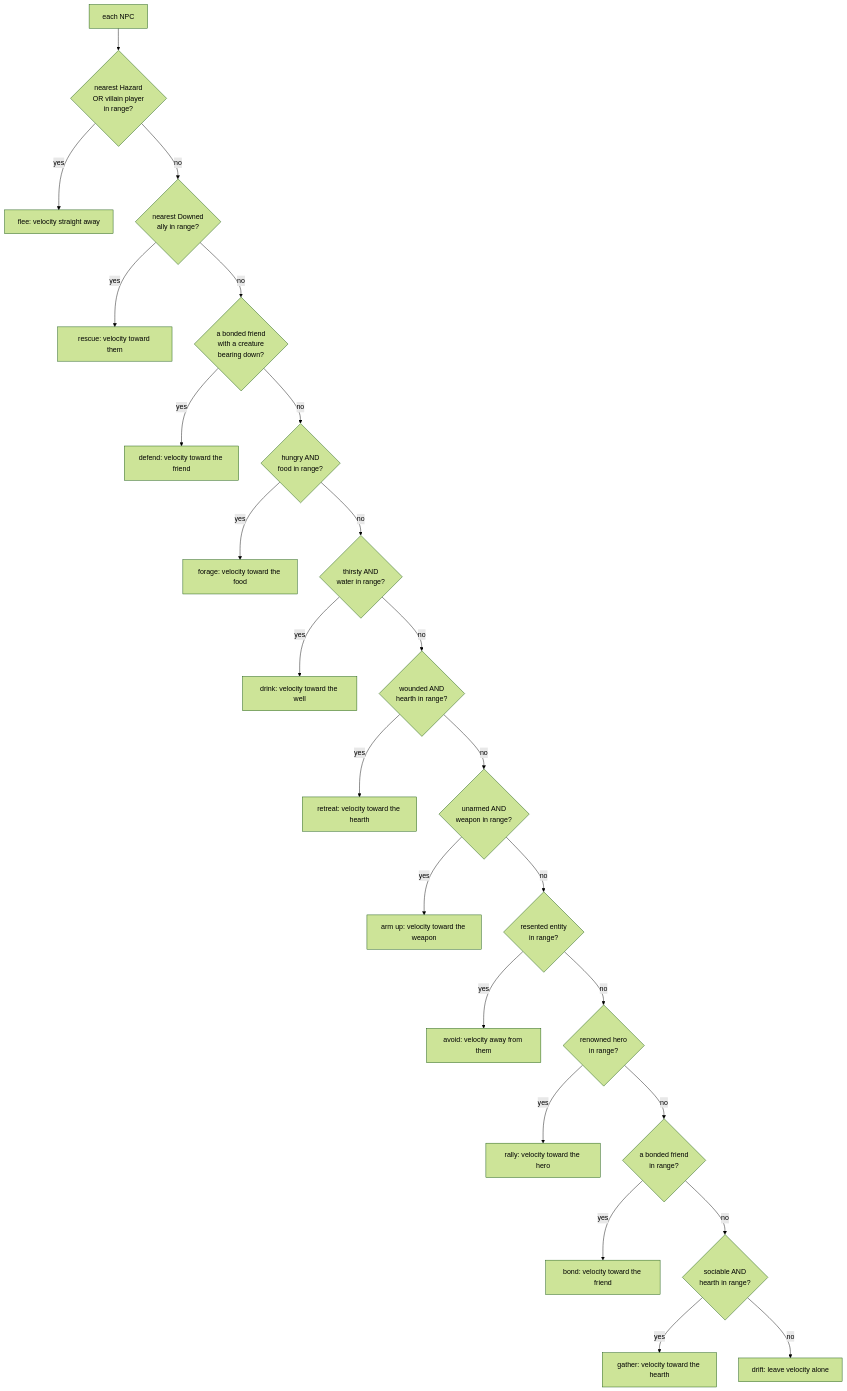
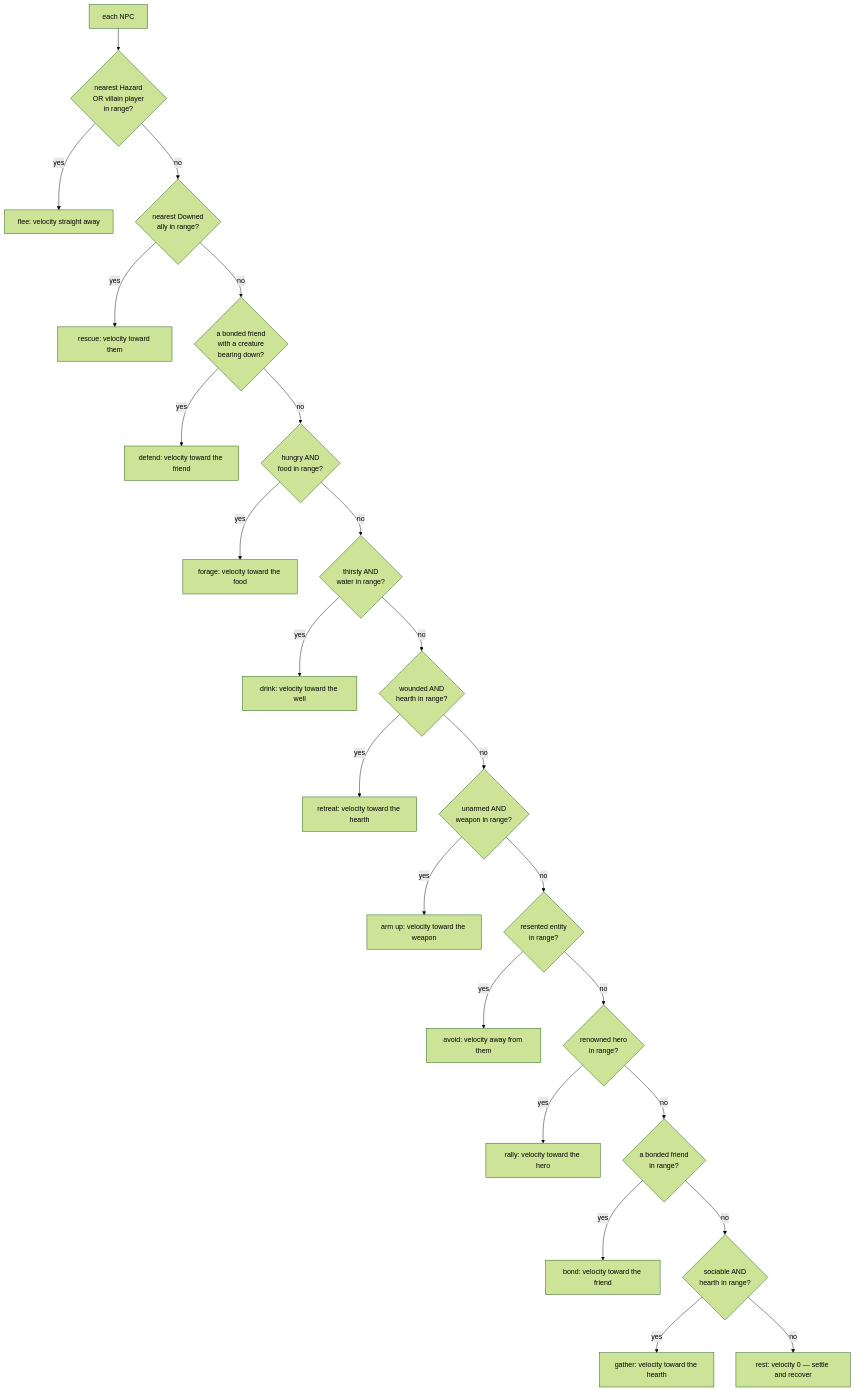
One commit to IsItJeff/game-engine changed the diagram in docs/engine/npc-behaviour.md. Above: the diagram before and after it, drawn with Mermaid (forest theme). The commit also changed other lines of this file and 3 other files, not shown here.

````diff
--- a/docs/engine/npc-behaviour.md
+++ b/docs/engine/npc-behaviour.md
@@ -43,26 +44,26 @@
 ```mermaid
 flowchart TD
   npc[each NPC] --> haz{nearest Hazard<br/>OR villain player<br/>in range?}
   haz -->|yes| flee[flee: velocity straight away]
   haz -->|no| dwn{nearest Downed<br/>ally in range?}
   dwn -->|yes| rescue[rescue: velocity toward them]
   dwn -->|no| def{a bonded friend<br/>with a creature<br/>bearing down?}
   def -->|yes| defend[defend: velocity toward the friend]
   def -->|no| hun{hungry AND<br/>food in range?}
   hun -->|yes| forage[forage: velocity toward the food]
   hun -->|no| thi{thirsty AND<br/>water in range?}
   thi -->|yes| drink[drink: velocity toward the well]
   thi -->|no| wnd{wounded AND<br/>hearth in range?}
   wnd -->|yes| mend[retreat: velocity toward the hearth]
   wnd -->|no| arm{unarmed AND<br/>weapon in range?}
   arm -->|yes| seek[arm up: velocity toward the weapon]
   arm -->|no| avoid{resented entity<br/>in range?}
   avoid -->|yes| back[avoid: velocity away from them]
   avoid -->|no| rally{renowned hero<br/>in range?}
   rally -->|yes| gather[rally: velocity toward the hero]
   rally -->|no| bond{a bonded friend<br/>in range?}
   bond -->|yes| gathb[bond: velocity toward the friend]
   bond -->|no| fire{sociable AND<br/>hearth in range?}
   fire -->|yes| gathf[gather: velocity toward the hearth]
-  fire -->|no| drift[drift: leave velocity alone]
+  fire -->|no| rest[rest: velocity 0 — settle and recover]
 ```
````
